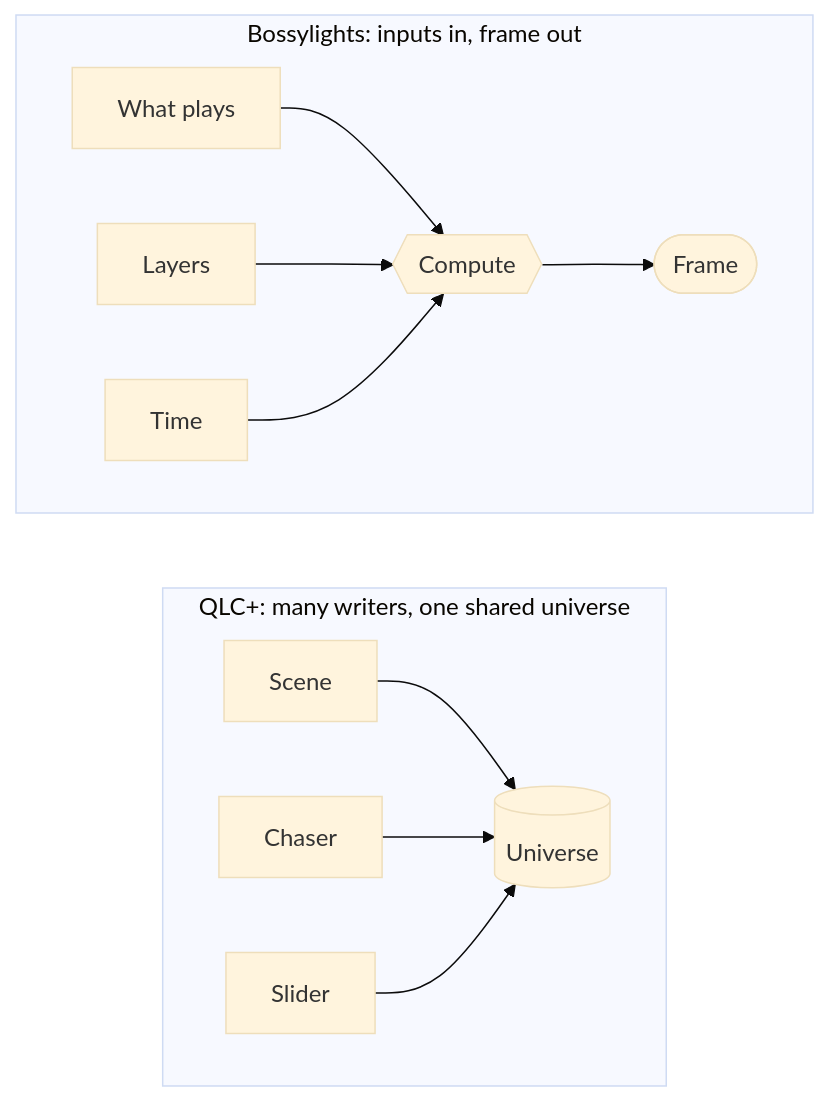
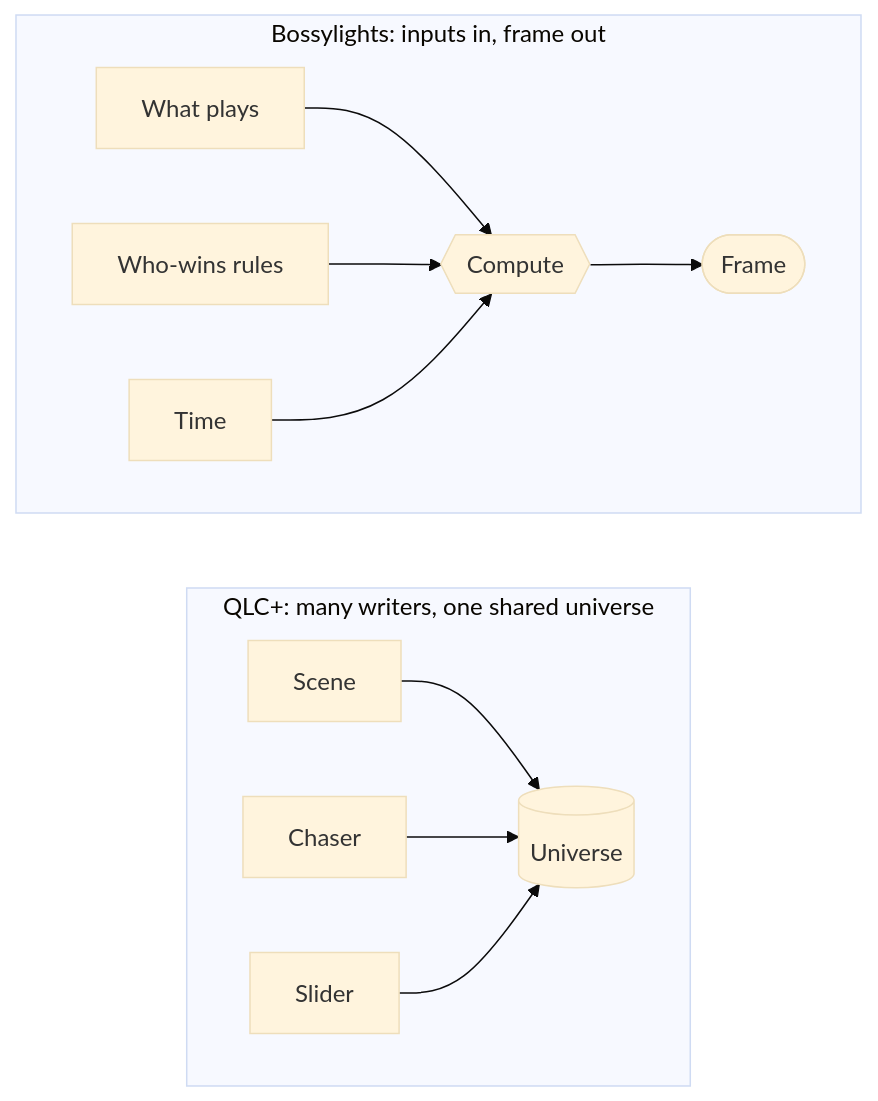
Before and after one commit to abossard/bossylights: the second of 13 diagrams in docs/design/theory.md, drawn with Mermaid (base theme). The commit also changed other lines of this file and 6 other files, not shown here.

Commit message:
docs: who wins in one place; the layer concept is dropped

````diff
--- a/docs/design/theory.md
+++ b/docs/design/theory.md
@@ -48,16 +48,16 @@
 ```mermaid
 flowchart LR
   subgraph Q["QLC+: many writers, one shared universe"]
     direction LR
     S1["Scene"] --> U[("Universe")]
     S2["Chaser"] --> U
     S3["Slider"] --> U
   end
   subgraph B["Bossylights: inputs in, frame out"]
     direction LR
     P1["What plays"] --> C{{"Compute"}}
-    P2["Layers"] --> C
+    P2["Who-wins rules"] --> C
     P3["Time"] --> C
     C --> F(["Frame"])
   end
 ```
````
